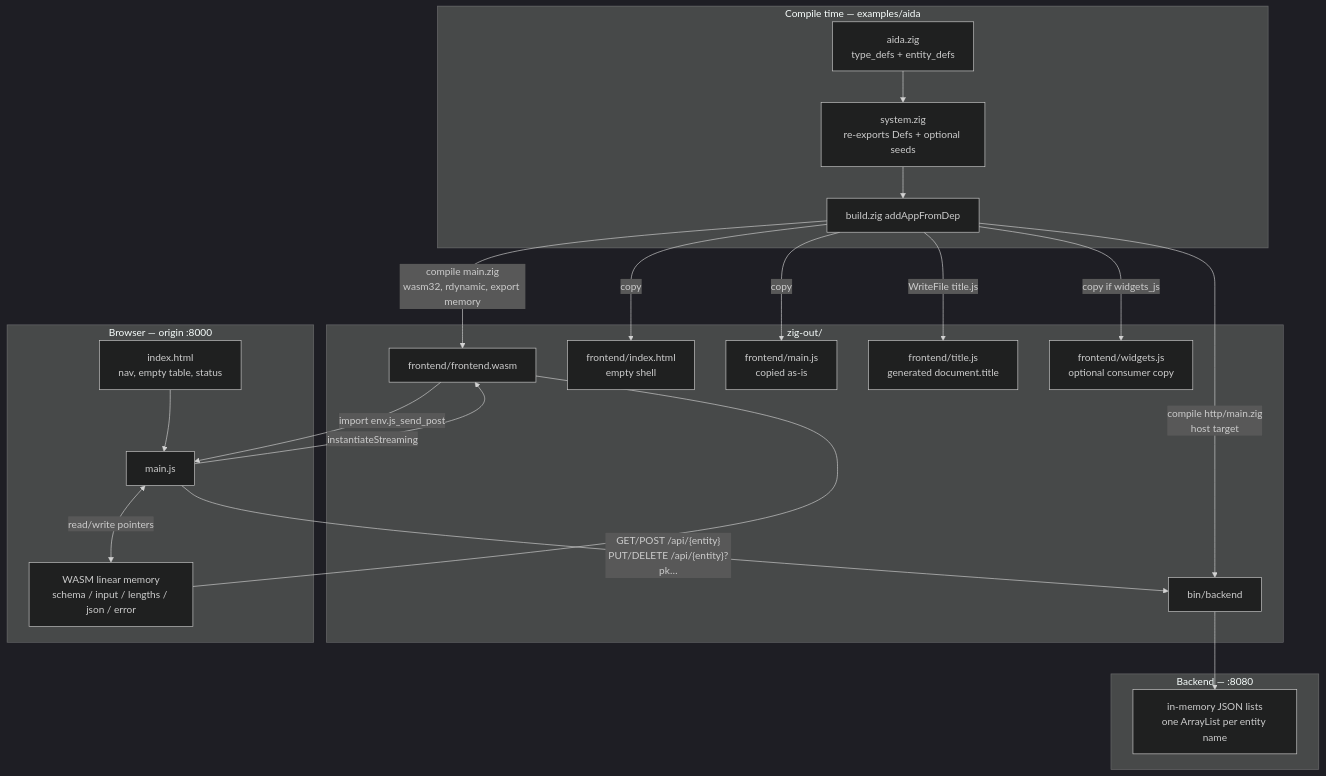
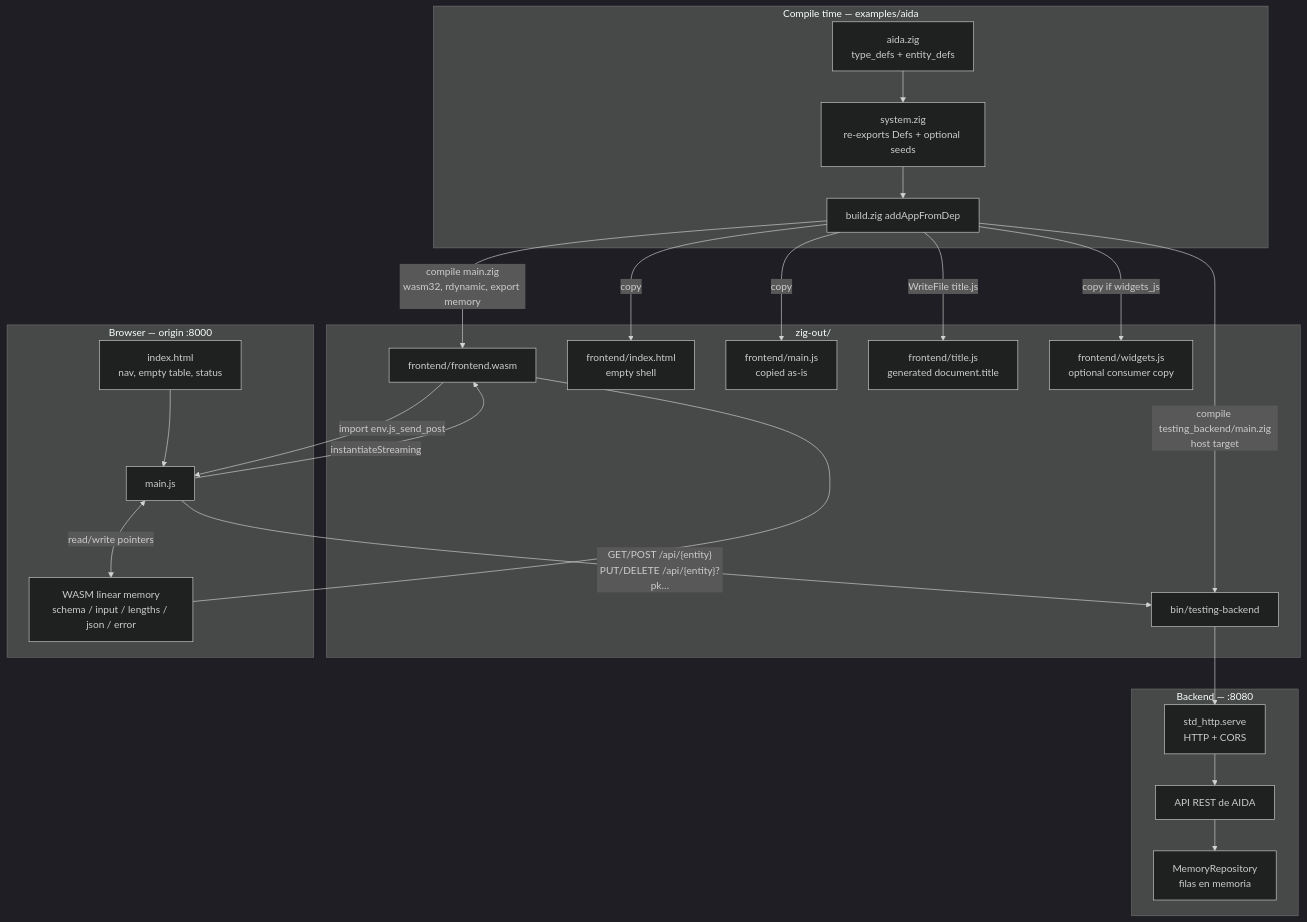
One commit to hggomez/zigma-definition changed the diagram in docs/frontend.md. Above: the diagram before and after it, drawn with Mermaid (dark theme). The commit also changed other lines of this file and 16 other files, not shown here.

````diff
--- a/docs/frontend.md
+++ b/docs/frontend.md
@@ -15,43 +15,45 @@
 ```mermaid
 flowchart TB
   subgraph compile["Compile time — examples/aida"]
     aida["aida.zig<br/>type_defs + entity_defs"]
     sys["system.zig<br/>re-exports Defs + optional seeds"]
     addApp["build.zig addAppFromDep"]
     aida --> sys
     sys --> addApp
   end
 
   subgraph artifacts["zig-out/"]
     wasm["frontend/frontend.wasm"]
     html["frontend/index.html<br/>empty shell"]
     js["frontend/main.js<br/>copied as-is"]
     titlejs["frontend/title.js<br/>generated document.title"]
     wjs["frontend/widgets.js<br/>optional consumer copy"]
-    bin["bin/backend"]
+    bin["bin/testing-backend"]
     addApp -->|"compile main.zig<br/>wasm32, rdynamic, export memory"| wasm
     addApp -->|"copy"| html
     addApp -->|"copy"| js
     addApp -->|"WriteFile title.js"| titlejs
     addApp -->|"copy if widgets_js"| wjs
-    addApp -->|"compile http/main.zig<br/>host target"| bin
+    addApp -->|"compile testing_backend/main.zig<br/>host target"| bin
   end
 
   subgraph browser["Browser — origin :8000"]
     page["index.html<br/>nav, empty table, status"]
     mainjs["main.js"]
     mem["WASM linear memory<br/>schema / input / lengths / json / error"]
     page --> mainjs
     mainjs -->|"instantiateStreaming"| wasm
     wasm --- mem
     mainjs <-->|"read/write pointers"| mem
     wasm -->|"import env.js_send_post"| mainjs
   end
 
   subgraph server["Backend — :8080"]
-    lists["in-memory JSON lists<br/>one ArrayList per entity name"]
-    bin --> lists
+    transport["std_http.serve<br/>HTTP + CORS"]
+    api["API REST de AIDA"]
+    lists["MemoryRepository<br/>filas en memoria"]
+    bin --> transport --> api --> lists
   end
 
   mainjs -->|"GET/POST /api/{entity}<br/>PUT/DELETE /api/{entity}?pk…"| bin
 ```
````
